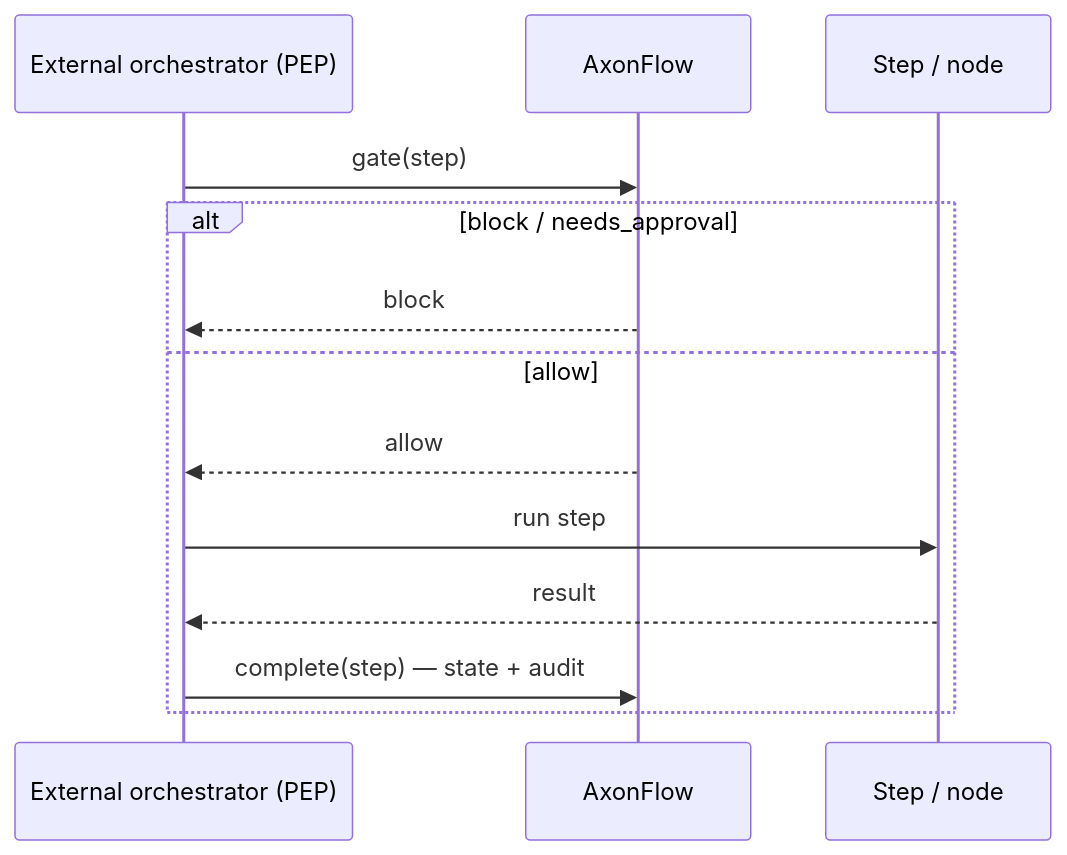
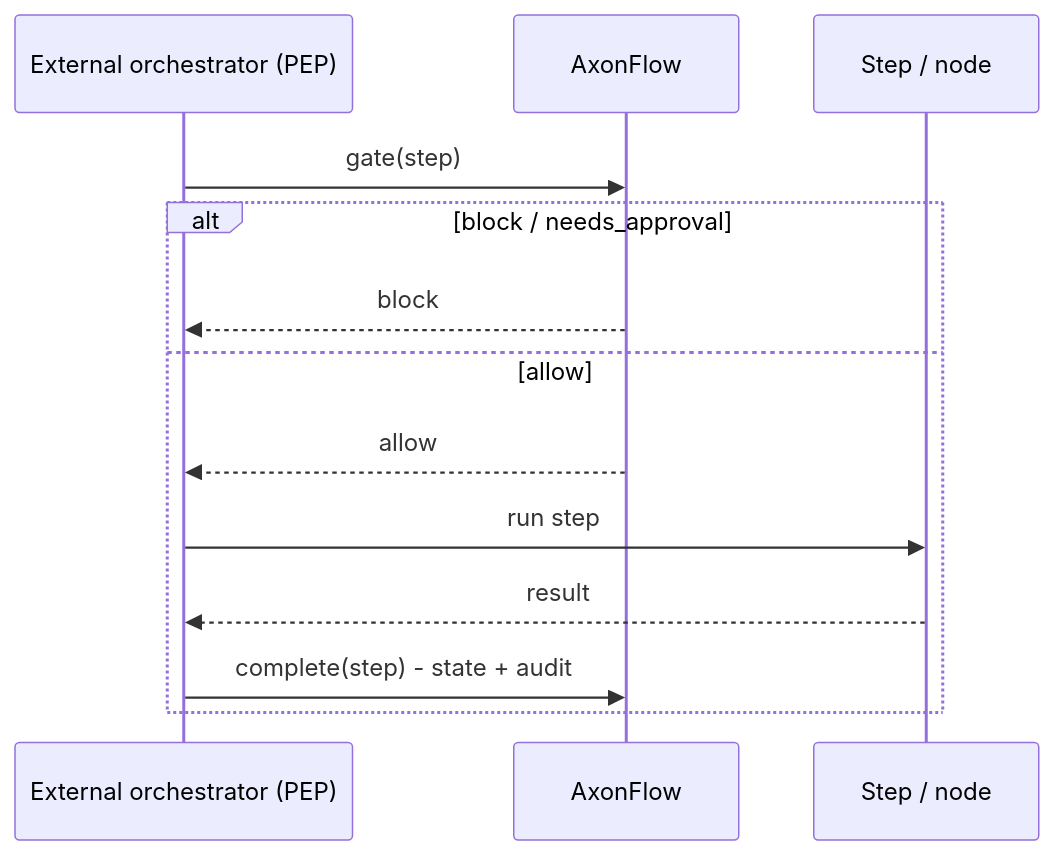
Before and after one commit to getaxonflow/axonflow: the third of 6 diagrams in docs/ARCHITECTURE.md, drawn with Mermaid. The commit also changed other lines of this file and 445 other files, not shown here.

````diff
--- a/docs/ARCHITECTURE.md
+++ b/docs/ARCHITECTURE.md
@@ -239,15 +238,15 @@
 ```mermaid
 sequenceDiagram
     participant O as External orchestrator (PEP)
     participant AX as AxonFlow
     participant N as Step / node
     O->>AX: gate(step)
     alt block / needs_approval
         AX-->>O: block
     else allow
         AX-->>O: allow
         O->>N: run step
         N-->>O: result
-        O->>AX: complete(step) — state + audit
+        O->>AX: complete(step) - state + audit
     end
 ```
````
